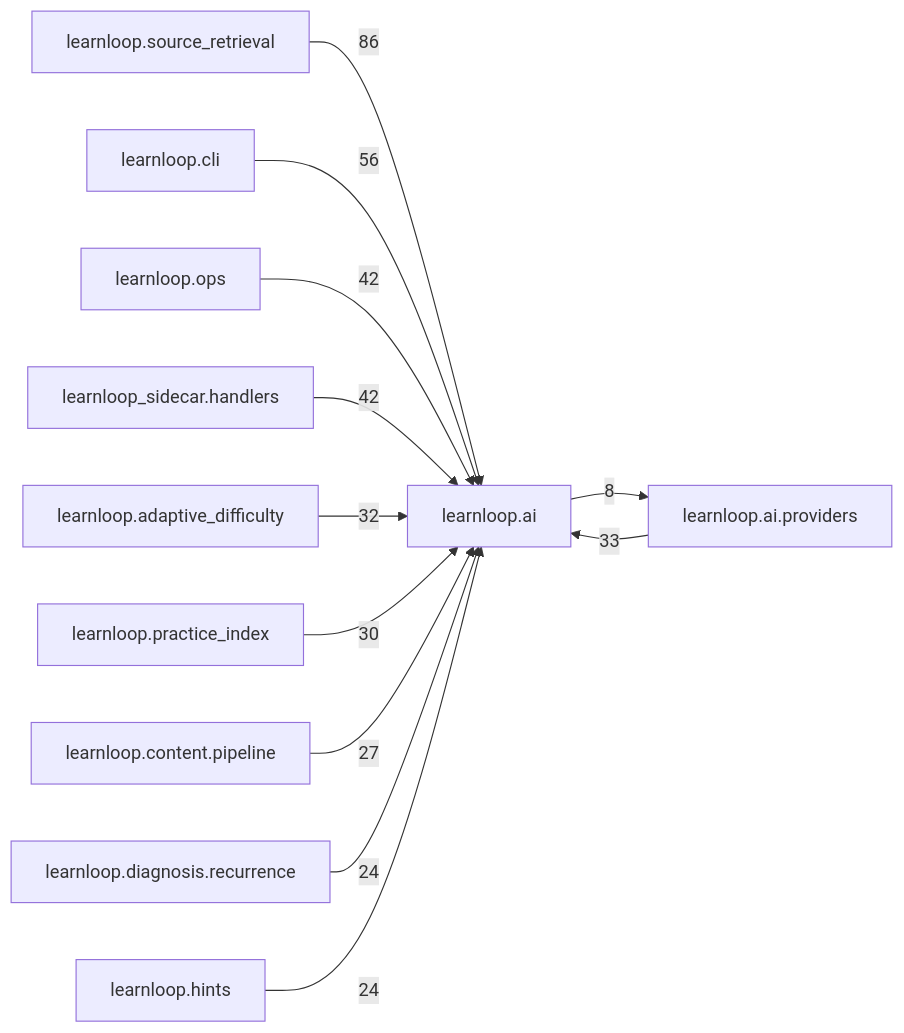
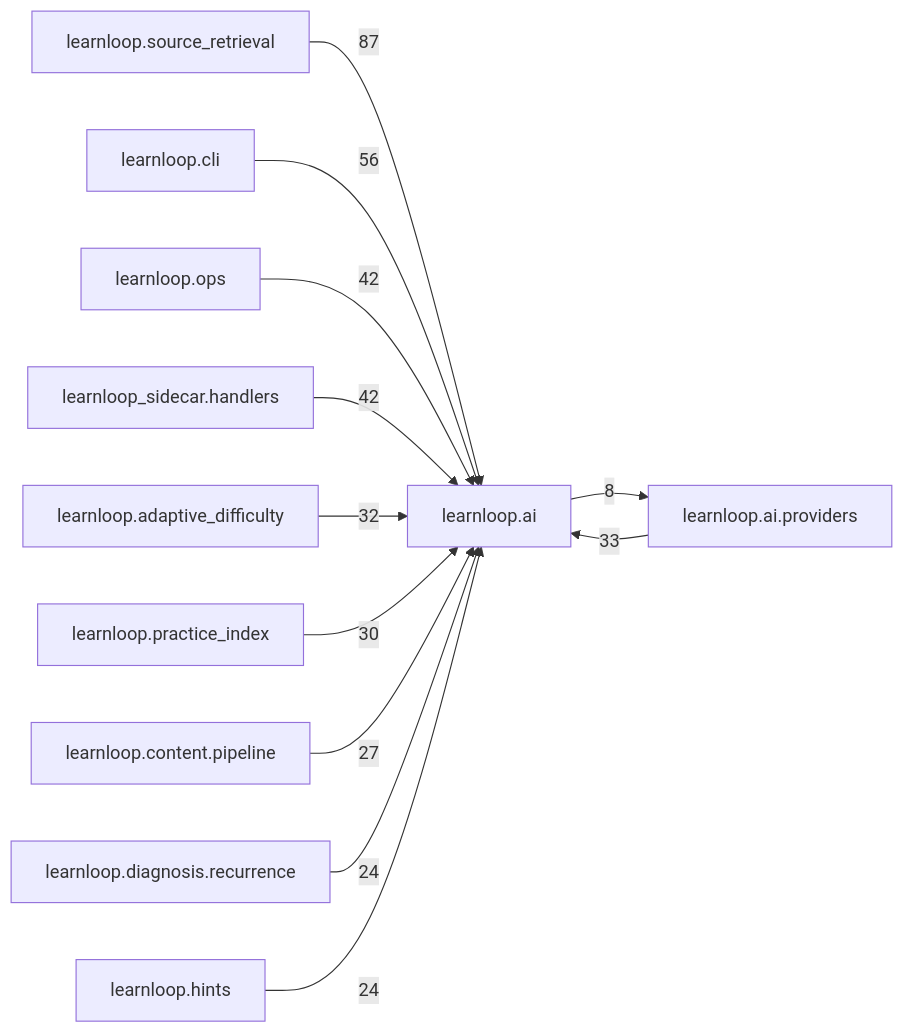
The diagram in docs/learnloop-architecture-vault/Reference/Modules/learnloop/ai/_package.md (6up-b/learnanything), drawn with Mermaid before and after one commit. The commit also changed other lines of this file and 56 other files, not shown here.

````diff
--- a/docs/learnloop-architecture-vault/Reference/Modules/learnloop/ai/_package.md
+++ b/docs/learnloop-architecture-vault/Reference/Modules/learnloop/ai/_package.md
@@ -165,25 +165,25 @@
 ```mermaid
 flowchart LR
     center["learnloop.ai"]
     n_learnloop_source_retrieval["learnloop.source_retrieval"]
     n_learnloop_cli["learnloop.cli"]
     n_learnloop_ops["learnloop.ops"]
     n_learnloop_sidecar_handlers["learnloop_sidecar.handlers"]
     n_learnloop_ai_providers["learnloop.ai.providers"]
     n_learnloop_adaptive_difficulty["learnloop.adaptive_difficulty"]
     n_learnloop_practice_index["learnloop.practice_index"]
     n_learnloop_content_pipeline["learnloop.content.pipeline"]
     n_learnloop_diagnosis_recurrence["learnloop.diagnosis.recurrence"]
     n_learnloop_hints["learnloop.hints"]
-    n_learnloop_source_retrieval -->|86| center
+    n_learnloop_source_retrieval -->|87| center
     n_learnloop_cli -->|56| center
     n_learnloop_ops -->|42| center
     n_learnloop_sidecar_handlers -->|42| center
     n_learnloop_ai_providers -->|33| center
     center -->|8| n_learnloop_ai_providers
     n_learnloop_adaptive_difficulty -->|32| center
     n_learnloop_practice_index -->|30| center
     n_learnloop_content_pipeline -->|27| center
     n_learnloop_diagnosis_recurrence -->|24| center
     n_learnloop_hints -->|24| center
 ```
````
